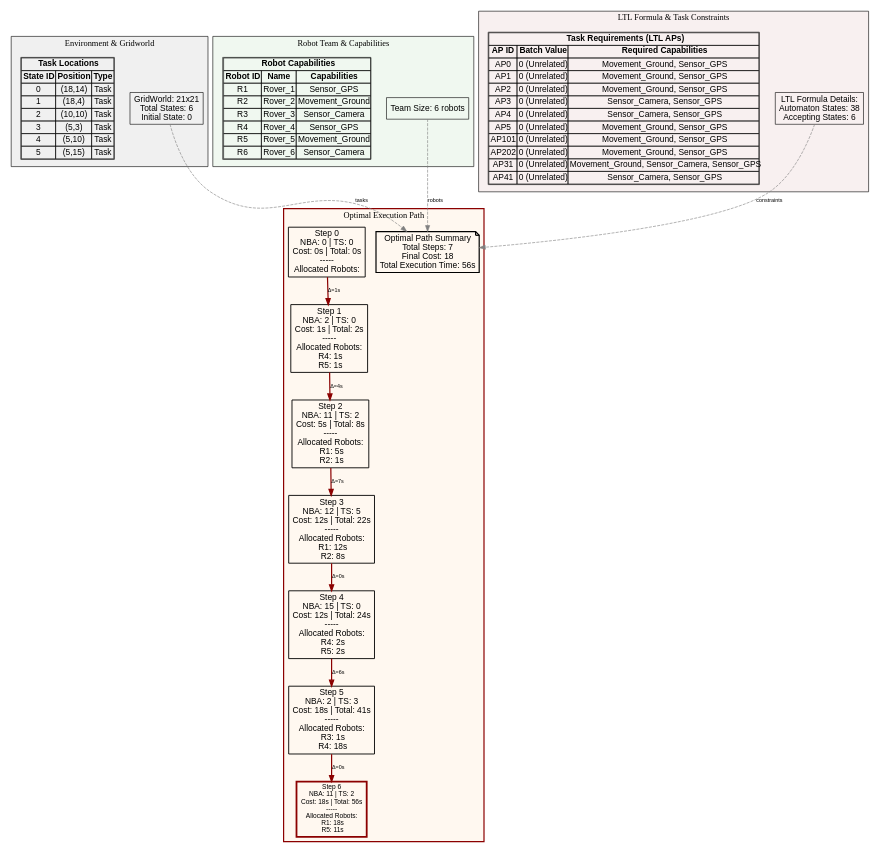
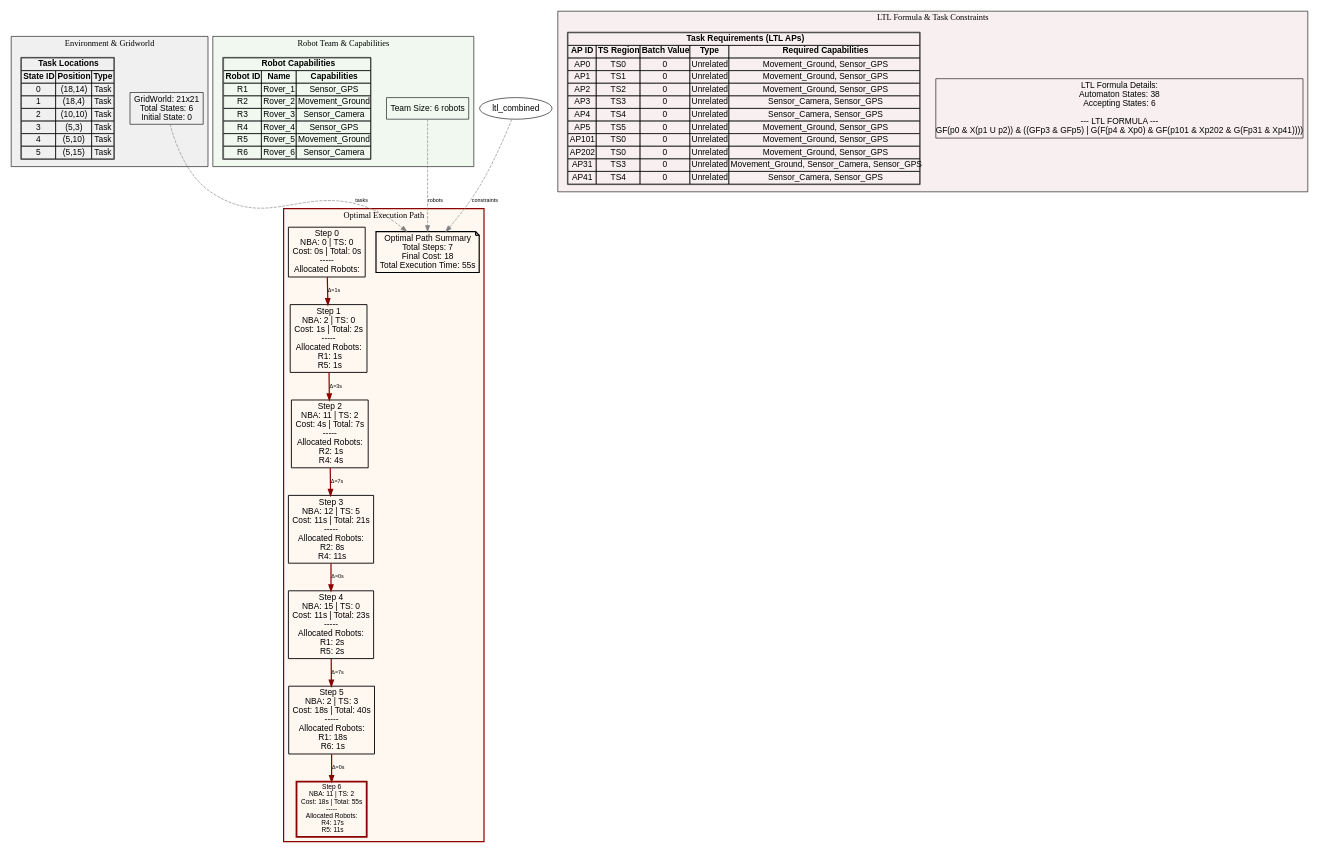
The diagram in MCTB-PDT/organizedtests/output/automaton_test_6robots_6_path.dot.dot (jrourke48/HMRTA_TS_GENERATION), drawn with Graphviz before and after one commit. The commit also changed 90 other files, not shown here.

```diff
--- a/MCTB-PDT/organizedtests/output/automaton_test_6robots_6_path.dot.dot
+++ b/MCTB-PDT/organizedtests/output/automaton_test_6robots_6_path.dot.dot
@@ -1,107 +1,107 @@
 digraph ComprehensiveOptimalPath {
   rankdir=TB;
   concentrate=true;
   node [fontname=Arial];
   edge [fontname=Arial, fontsize=9];
 
   subgraph cluster_environment {
     label="Environment & Gridworld";
     style=filled;
     fillcolor="#F0F0F0";
     color=black;
 
     env_info [shape=box, label="GridWorld: 21x21\nTotal States: 6\nInitial State: 0\n", fillcolor="#E8F4F8"];
 
     env_tasks [shape=plaintext, label=<
       <TABLE BORDER="1" CELLBORDER="1" CELLSPACING="0">
         <TR><TD COLSPAN="3"><B>Task Locations</B></TD></TR>
         <TR><TD><B>State ID</B></TD><TD><B>Position</B></TD><TD><B>Type</B></TD></TR>
         <TR><TD>0</TD><TD>(18,14)</TD><TD>Task</TD></TR>
         <TR><TD>1</TD><TD>(18,4)</TD><TD>Task</TD></TR>
         <TR><TD>2</TD><TD>(10,10)</TD><TD>Task</TD></TR>
         <TR><TD>3</TD><TD>(5,3)</TD><TD>Task</TD></TR>
         <TR><TD>4</TD><TD>(5,10)</TD><TD>Task</TD></TR>
         <TR><TD>5</TD><TD>(5,15)</TD><TD>Task</TD></TR>
       </TABLE>
     >];
   }
 
   subgraph cluster_robots {
     label="Robot Team & Capabilities";
     style=filled;
     fillcolor="#F0F8F0";
     color=black;
 
     team_info [shape=box, label="Team Size: 6 robots\n", fillcolor="#E8F8E8"];
 
     robot_caps [shape=plaintext, label=<
       <TABLE BORDER="1" CELLBORDER="1" CELLSPACING="0">
         <TR><TD COLSPAN="3"><B>Robot Capabilities</B></TD></TR>
         <TR><TD><B>Robot ID</B></TD><TD><B>Name</B></TD><TD><B>Capabilities</B></TD></TR>
         <TR><TD>R1</TD><TD>Rover_1</TD><TD>Sensor_GPS</TD></TR>
         <TR><TD>R2</TD><TD>Rover_2</TD><TD>Movement_Ground</TD></TR>
         <TR><TD>R3</TD><TD>Rover_3</TD><TD>Sensor_Camera</TD></TR>
         <TR><TD>R4</TD><TD>Rover_4</TD><TD>Sensor_GPS</TD></TR>
         <TR><TD>R5</TD><TD>Rover_5</TD><TD>Movement_Ground</TD></TR>
         <TR><TD>R6</TD><TD>Rover_6</TD><TD>Sensor_Camera</TD></TR>
       </TABLE>
     >];
   }
 
   subgraph cluster_ltl {
     label="LTL Formula & Task Constraints";
     style=filled;
     fillcolor="#F8F0F0";
     color=black;
 
-    ltl_info [shape=box, label="LTL Formula Details:\nAutomaton States: 38\nAccepting States: 6\n", fillcolor="#F8E8E8"];
+    ltl_info [shape=box, label="LTL Formula Details:\nAutomaton States: 38\nAccepting States: 6\n\n--- LTL FORMULA ---\nGF(p0 & X(p1 U p2)) & ((GFp3 & GFp5) | G(F(p4 & Xp0) & GF(p101 & Xp202 & G(Fp31 & Xp41))))", fillcolor="#F8E8E8"];
 
     ltl_tasks [shape=plaintext, label=<
       <TABLE BORDER="1" CELLBORDER="1" CELLSPACING="0">
-        <TR><TD COLSPAN="3"><B>Task Requirements (LTL APs)</B></TD></TR>
-        <TR><TD><B>AP ID</B></TD><TD><B>Batch Value</B></TD><TD><B>Required Capabilities</B></TD></TR>
-        <TR><TD>AP0</TD><TD>0 (Unrelated)</TD><TD>Movement_Ground, Sensor_GPS</TD></TR>
-        <TR><TD>AP1</TD><TD>0 (Unrelated)</TD><TD>Movement_Ground, Sensor_GPS</TD></TR>
-        <TR><TD>AP2</TD><TD>0 (Unrelated)</TD><TD>Movement_Ground, Sensor_GPS</TD></TR>
-        <TR><TD>AP3</TD><TD>0 (Unrelated)</TD><TD>Sensor_Camera, Sensor_GPS</TD></TR>
-        <TR><TD>AP4</TD><TD>0 (Unrelated)</TD><TD>Sensor_Camera, Sensor_GPS</TD></TR>
-        <TR><TD>AP5</TD><TD>0 (Unrelated)</TD><TD>Movement_Ground, Sensor_GPS</TD></TR>
-        <TR><TD>AP101</TD><TD>0 (Unrelated)</TD><TD>Movement_Ground, Sensor_GPS</TD></TR>
-        <TR><TD>AP202</TD><TD>0 (Unrelated)</TD><TD>Movement_Ground, Sensor_GPS</TD></TR>
-        <TR><TD>AP31</TD><TD>0 (Unrelated)</TD><TD>Movement_Ground, Sensor_Camera, Sensor_GPS</TD></TR>
-        <TR><TD>AP41</TD><TD>0 (Unrelated)</TD><TD>Sensor_Camera, Sensor_GPS</TD></TR>
+        <TR><TD COLSPAN="5"><B>Task Requirements (LTL APs)</B></TD></TR>
+        <TR><TD><B>AP ID</B></TD><TD><B>TS Region</B></TD><TD><B>Batch Value</B></TD><TD><B>Type</B></TD><TD><B>Required Capabilities</B></TD></TR>
+        <TR><TD>AP0</TD><TD>TS0</TD><TD>0</TD><TD>Unrelated</TD><TD>Movement_Ground, Sensor_GPS</TD></TR>
+        <TR><TD>AP1</TD><TD>TS1</TD><TD>0</TD><TD>Unrelated</TD><TD>Movement_Ground, Sensor_GPS</TD></TR>
+        <TR><TD>AP2</TD><TD>TS2</TD><TD>0</TD><TD>Unrelated</TD><TD>Movement_Ground, Sensor_GPS</TD></TR>
+        <TR><TD>AP3</TD><TD>TS3</TD><TD>0</TD><TD>Unrelated</TD><TD>Sensor_Camera, Sensor_GPS</TD></TR>
+        <TR><TD>AP4</TD><TD>TS4</TD><TD>0</TD><TD>Unrelated</TD><TD>Sensor_Camera, Sensor_GPS</TD></TR>
+        <TR><TD>AP5</TD><TD>TS5</TD><TD>0</TD><TD>Unrelated</TD><TD>Movement_Ground, Sensor_GPS</TD></TR>
+        <TR><TD>AP101</TD><TD>TS0</TD><TD>0</TD><TD>Unrelated</TD><TD>Movement_Ground, Sensor_GPS</TD></TR>
+        <TR><TD>AP202</TD><TD>TS0</TD><TD>0</TD><TD>Unrelated</TD><TD>Movement_Ground, Sensor_GPS</TD></TR>
+        <TR><TD>AP31</TD><TD>TS3</TD><TD>0</TD><TD>Unrelated</TD><TD>Movement_Ground, Sensor_Camera, Sensor_GPS</TD></TR>
+        <TR><TD>AP41</TD><TD>TS4</TD><TD>0</TD><TD>Unrelated</TD><TD>Sensor_Camera, Sensor_GPS</TD></TR>
       </TABLE>
     >];
   }
 
   subgraph cluster_path {
     label="Optimal Execution Path";
     style=filled;
     fillcolor="#FFF8F0";
     color=darkred;
     penwidth=2;
 
-    path_summary [shape=note, label="Optimal Path Summary\nTotal Steps: 7\nFinal Cost: 18\nTotal Execution Time: 56s\n", fillcolor="#FFFFCC", penwidth=2];
+    path_summary [shape=note, label="Optimal Path Summary\nTotal Steps: 7\nFinal Cost: 18\nTotal Execution Time: 55s\n", fillcolor="#FFFFCC", penwidth=2];
 
     opt_0 [shape=box, label="Step 0\nNBA: 0 | TS: 0\nCost: 0s | Total: 0s\n-----\nAllocated Robots:\n", fillcolor="#B3E5FC", penwidth=1.5];
-    opt_1 [shape=box, label="Step 1\nNBA: 2 | TS: 0\nCost: 1s | Total: 2s\n-----\nAllocated Robots:\n  R4: 1s\n  R5: 1s\n", fillcolor="#B3E5FC", penwidth=1.5];
-    opt_2 [shape=box, label="Step 2\nNBA: 11 | TS: 2\nCost: 5s | Total: 8s\n-----\nAllocated Robots:\n  R1: 5s\n  R2: 1s\n", fillcolor="#B3E5FC", penwidth=1.5];
-    opt_3 [shape=box, label="Step 3\nNBA: 12 | TS: 5\nCost: 12s | Total: 22s\n-----\nAllocated Robots:\n  R1: 12s\n  R2: 8s\n", fillcolor="#B3E5FC", penwidth=1.5];
-    opt_4 [shape=box, label="Step 4\nNBA: 15 | TS: 0\nCost: 12s | Total: 24s\n-----\nAllocated Robots:\n  R4: 2s\n  R5: 2s\n", fillcolor="#B3E5FC", penwidth=1.5];
-    opt_5 [shape=box, label="Step 5\nNBA: 2 | TS: 3\nCost: 18s | Total: 41s\n-----\nAllocated Robots:\n  R3: 1s\n  R4: 18s\n", fillcolor="#B3E5FC", penwidth=1.5];
-    opt_6 [shape=box, label="Step 6\nNBA: 11 | TS: 2\nCost: 18s | Total: 56s\n-----\nAllocated Robots:\n  R1: 18s\n  R5: 11s\n", fillcolor="#FF6B6B", penwidth=3, color=darkred, fontweight=bold, fontsize=11];
+    opt_1 [shape=box, label="Step 1\nNBA: 2 | TS: 0\nCost: 1s | Total: 2s\n-----\nAllocated Robots:\n  R1: 1s\n  R5: 1s\n", fillcolor="#B3E5FC", penwidth=1.5];
+    opt_2 [shape=box, label="Step 2\nNBA: 11 | TS: 2\nCost: 4s | Total: 7s\n-----\nAllocated Robots:\n  R2: 1s\n  R4: 4s\n", fillcolor="#B3E5FC", penwidth=1.5];
+    opt_3 [shape=box, label="Step 3\nNBA: 12 | TS: 5\nCost: 11s | Total: 21s\n-----\nAllocated Robots:\n  R2: 8s\n  R4: 11s\n", fillcolor="#B3E5FC", penwidth=1.5];
+    opt_4 [shape=box, label="Step 4\nNBA: 15 | TS: 0\nCost: 11s | Total: 23s\n-----\nAllocated Robots:\n  R1: 2s\n  R5: 2s\n", fillcolor="#B3E5FC", penwidth=1.5];
+    opt_5 [shape=box, label="Step 5\nNBA: 2 | TS: 3\nCost: 18s | Total: 40s\n-----\nAllocated Robots:\n  R1: 18s\n  R6: 1s\n", fillcolor="#B3E5FC", penwidth=1.5];
+    opt_6 [shape=box, label="Step 6\nNBA: 11 | TS: 2\nCost: 18s | Total: 55s\n-----\nAllocated Robots:\n  R4: 17s\n  R5: 11s\n", fillcolor="#FF6B6B", penwidth=3, color=darkred, fontweight=bold, fontsize=11];
 
     opt_0 -> opt_1 [label="Δ=1s", penwidth=2, color=darkred];
-    opt_1 -> opt_2 [label="Δ=4s", penwidth=2, color=darkred];
+    opt_1 -> opt_2 [label="Δ=3s", penwidth=2, color=darkred];
     opt_2 -> opt_3 [label="Δ=7s", penwidth=2, color=darkred];
     opt_3 -> opt_4 [label="Δ=0s", penwidth=2, color=darkred];
-    opt_4 -> opt_5 [label="Δ=6s", penwidth=2, color=darkred];
+    opt_4 -> opt_5 [label="Δ=7s", penwidth=2, color=darkred];
     opt_5 -> opt_6 [label="Δ=0s", penwidth=2, color=darkred];
   }
 
   // Connections between clusters
   env_info -> path_summary [style=dashed, color=gray, label="tasks"];
   team_info -> path_summary [style=dashed, color=gray, label="robots"];
-  ltl_info -> path_summary [style=dashed, color=gray, label="constraints"];
+  ltl_combined -> path_summary [style=dashed, color=gray, label="constraints"];
 
 }
```
